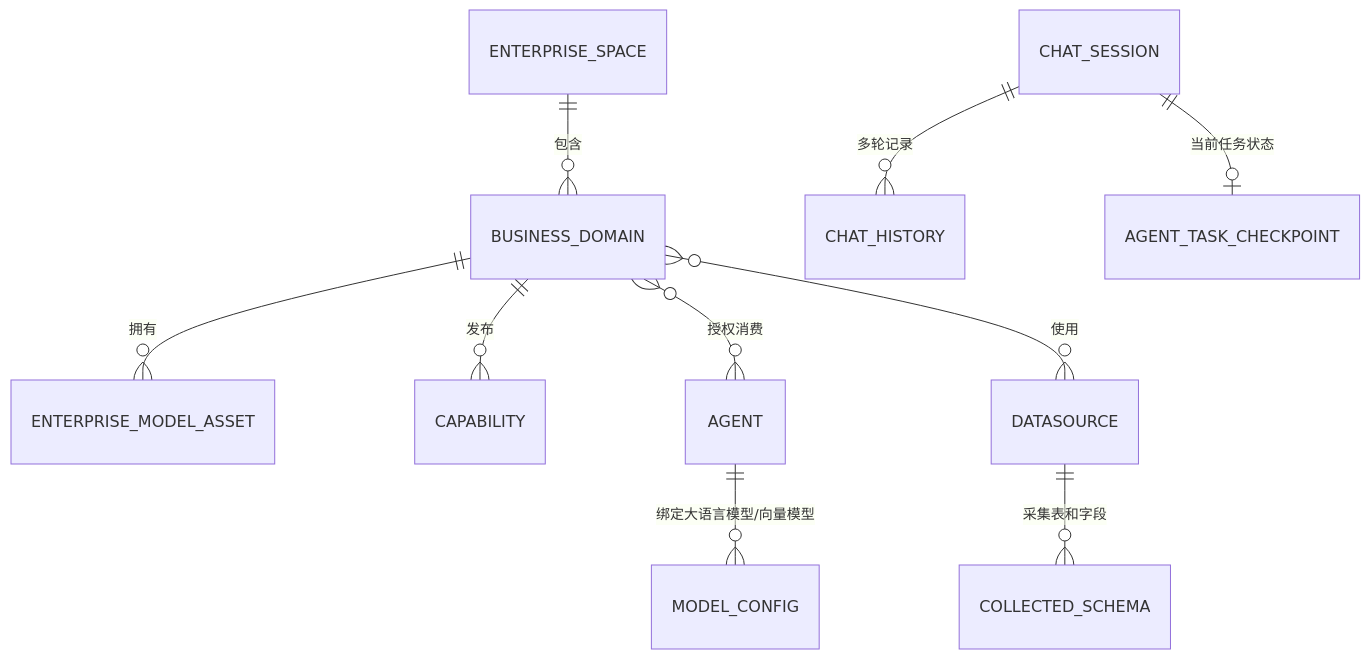
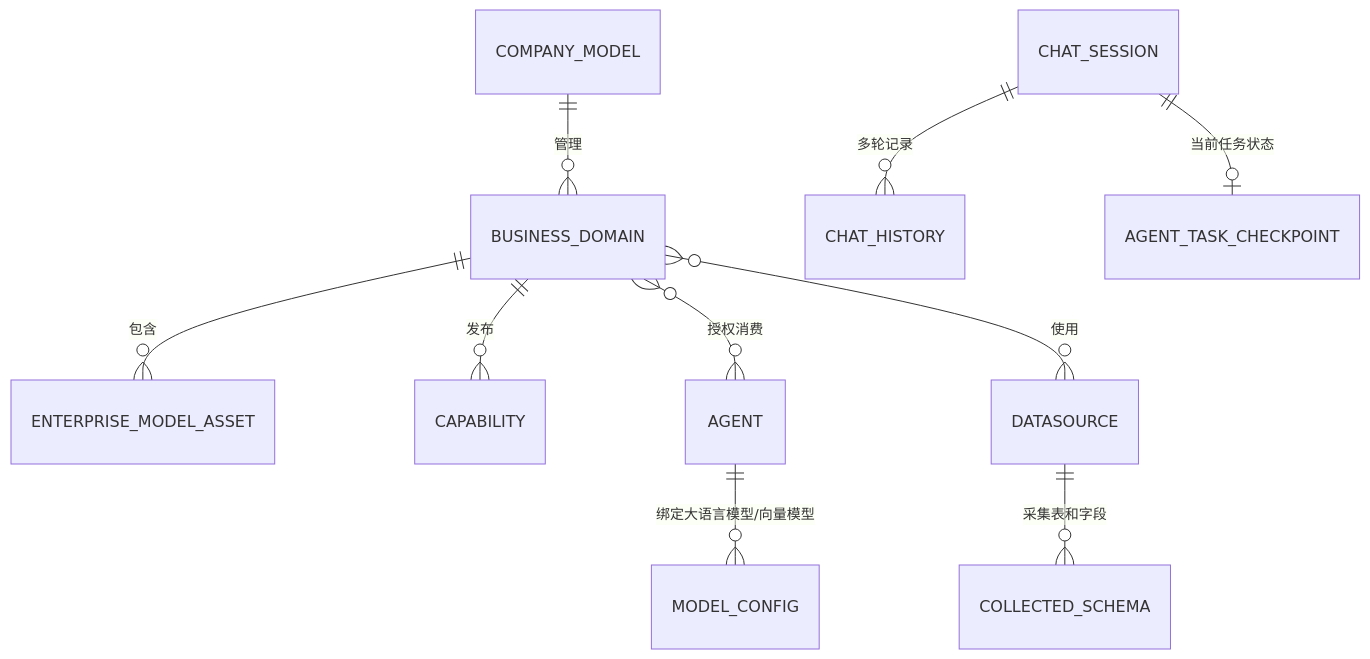
Before and after one commit to TtonyLiang/data-agent: the third of 8 diagrams in docs/project-design.md, drawn with Mermaid. The commit also changed other lines of this file and 34 other files, not shown here.

````diff
--- a/docs/project-design.md
+++ b/docs/project-design.md
@@ -169,12 +170,12 @@
 ```mermaid
 erDiagram
-  ENTERPRISE_SPACE ||--o{ BUSINESS_DOMAIN : "包含"
-  BUSINESS_DOMAIN ||--o{ ENTERPRISE_MODEL_ASSET : "拥有"
+  COMPANY_MODEL ||--o{ BUSINESS_DOMAIN : "管理"
+  BUSINESS_DOMAIN ||--o{ ENTERPRISE_MODEL_ASSET : "包含"
   BUSINESS_DOMAIN ||--o{ CAPABILITY : "发布"
   BUSINESS_DOMAIN }o--o{ AGENT : "授权消费"
   BUSINESS_DOMAIN }o--o{ DATASOURCE : "使用"
   AGENT ||--o{ MODEL_CONFIG : "绑定大语言模型/向量模型"
   DATASOURCE ||--o{ COLLECTED_SCHEMA : "采集表和字段"
   CHAT_SESSION ||--o{ CHAT_HISTORY : "多轮记录"
   CHAT_SESSION ||--o| AGENT_TASK_CHECKPOINT : "当前任务状态"
 ```
````
